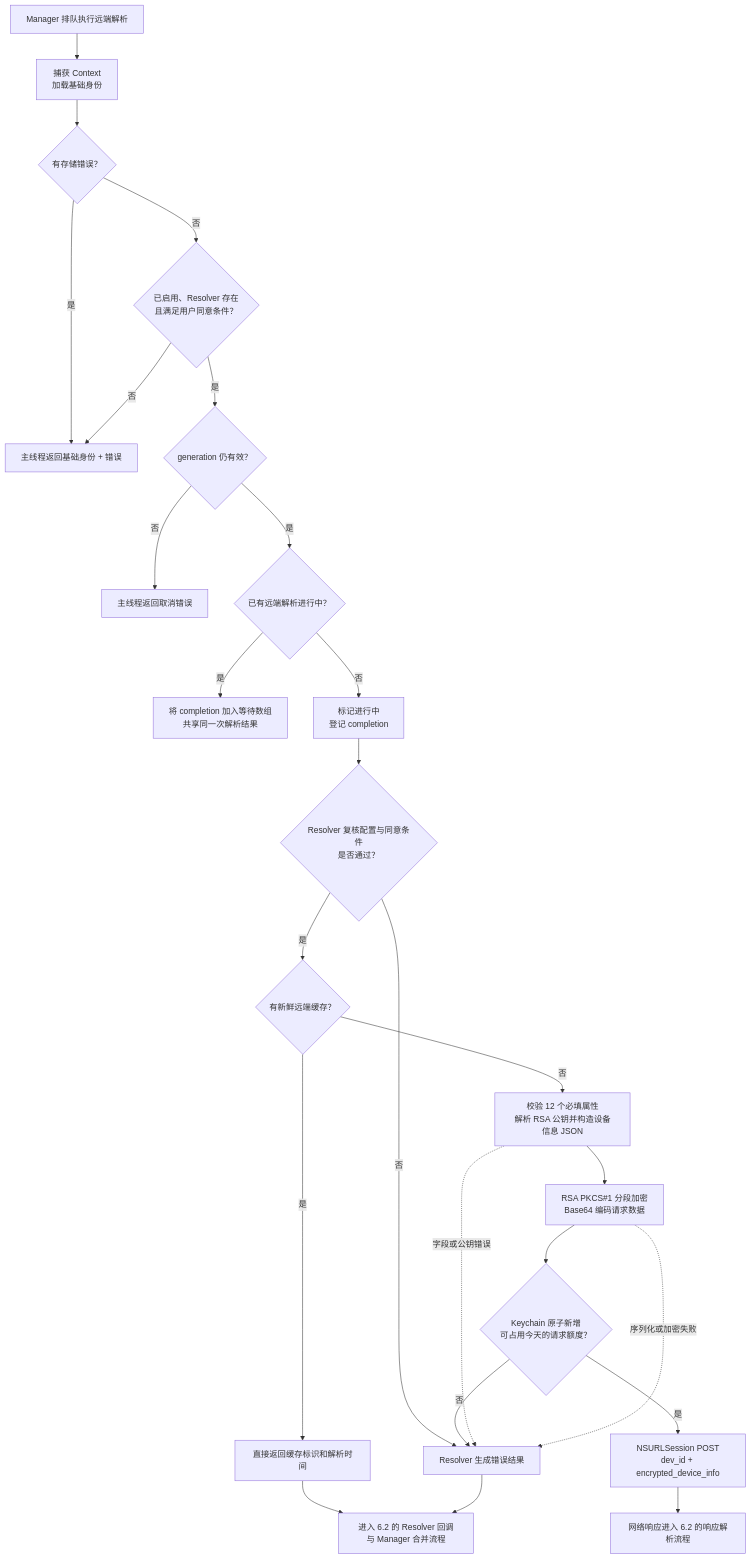
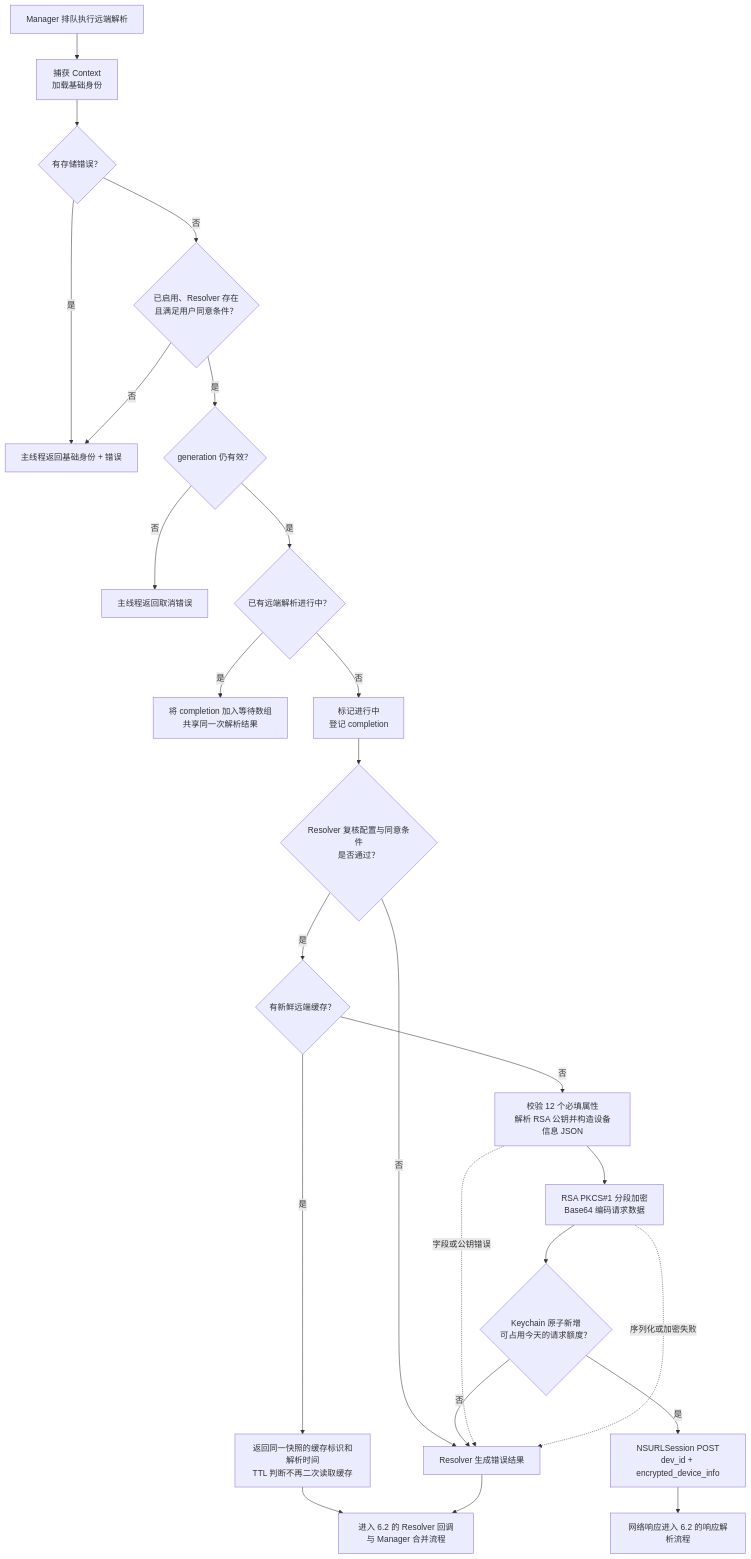
The eighth of 14 diagrams in PBCrossAppUniqueDeviceIdentifier/Docs/FeatureFlows.md (shanbozhu/TestOC), drawn with Mermaid before and after one commit. The commit also changed other lines of this file and 13 other files, not shown here.

````diff
--- a/PBCrossAppUniqueDeviceIdentifier/Docs/FeatureFlows.md
+++ b/PBCrossAppUniqueDeviceIdentifier/Docs/FeatureFlows.md
@@ -221,27 +225,27 @@
 ```mermaid
 flowchart TD
     Start["Manager 排队执行远端解析"] --> Base["捕获 Context<br/>加载基础身份"]
     Base --> Storage{"有存储错误？"}
     Storage -->|是| ReturnError["主线程返回基础身份 + 错误"]
     Storage -->|否| Allowed{"已启用、Resolver 存在<br/>且满足用户同意条件？"}
     Allowed -->|否| ReturnError
     Allowed -->|是| Generation{"generation 仍有效？"}
     Generation -->|否| Cancel["主线程返回取消错误"]
     Generation -->|是| Inflight{"已有远端解析进行中？"}
     Inflight -->|是| Join["将 completion 加入等待数组<br/>共享同一次解析结果"]
     Inflight -->|否| Mark["标记进行中<br/>登记 completion"]
     Mark --> Validate{"Resolver 复核配置与同意条件<br/>是否通过？"}
     Validate -->|否| ResolverError["Resolver 生成错误结果"]
     Validate -->|是| Fresh{"有新鲜远端缓存？"}
-    Fresh -->|是| Cached["直接返回缓存标识和解析时间"]
+    Fresh -->|是| Cached["返回同一快照的缓存标识和解析时间<br/>TTL 判断不再二次读取缓存"]
     Fresh -->|否| Prepare["校验 12 个必填属性<br/>解析 RSA 公钥并构造设备信息 JSON"]
     Prepare --> Encrypt["RSA PKCS#1 分段加密<br/>Base64 编码请求数据"]
     Encrypt --> Limit{"Keychain 原子新增<br/>可占用今天的请求额度？"}
     Limit -->|否| ResolverError
     Limit -->|是| Request["NSURLSession POST<br/>dev_id + encrypted_device_info"]
     Prepare -. "字段或公钥错误" .-> ResolverError
     Encrypt -. "序列化或加密失败" .-> ResolverError
     Cached --> Result["进入 6.2 的 Resolver 回调与 Manager 合并流程"]
     ResolverError --> Result
     Request --> Response["网络响应进入 6.2 的响应解析流程"]
 ```
````
